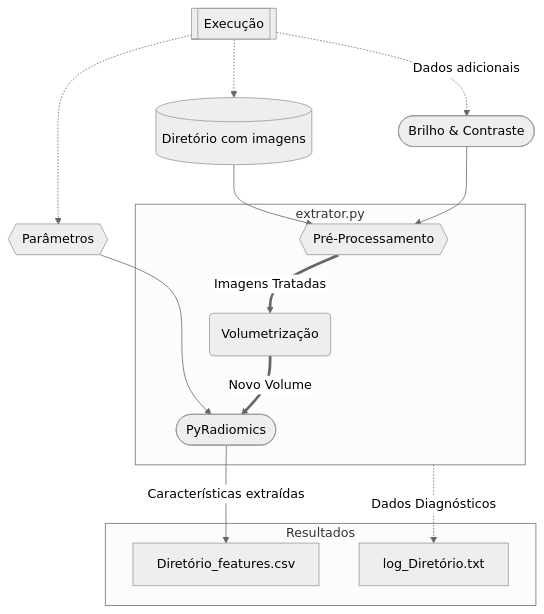
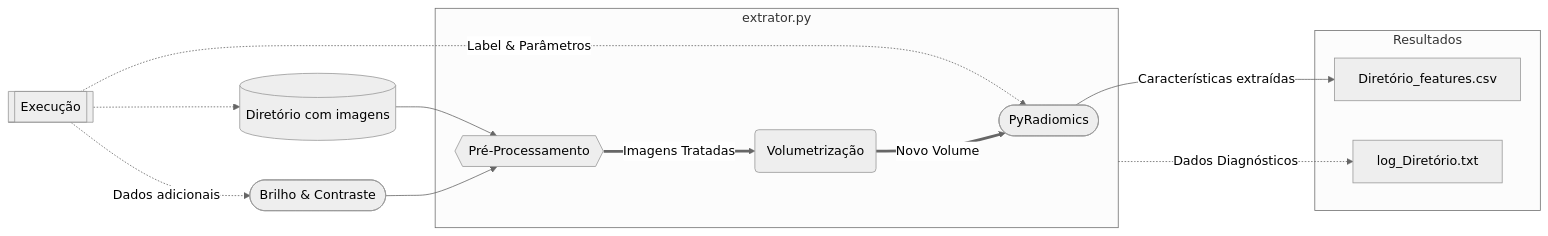
Before and after one commit to OctavioFurio/PyRadiomicsExtraction: the diagram in README.md, drawn with Mermaid (neutral theme). The commit also changed other lines of this file, not shown here.

````diff
--- a/README.md
+++ b/README.md
@@ -28,25 +28,23 @@
 ```mermaid
 %%{ init: { 'flowchart': { 'curve': 'bump' } } }%%
-flowchart TB
+flowchart LR
 
     inputs[[Execução]]
-
     inputs -.-> dir[(Diretório com imagens)]
-    inputs .-> add{{Parâmetros}}
-    inputs -. Dados adicionais .-> br([Brilho & Contraste])   
+    inputs -. Label & Parâmetros .-> pr([PyRadiomics])
+    inputs -. Dados adicionais .-> br([Brilho & Contraste])
     dir --> pp{{Pré-Processamento}}
-    add ---> pr([PyRadiomics])
     br --> pp
 
     subgraph extrator.py
         pp == Imagens Tratadas ==> dim(Volumetrização)
         dim == Novo Volume ==> pr    
     end
     
     subgraph Resultados
     pr -- Características extraídas --> Diretório_features.csv
     log_Diretório.txt
     end
     
     extrator.py -. Dados Diagnósticos .-> log_Diretório.txt
 ```
````
